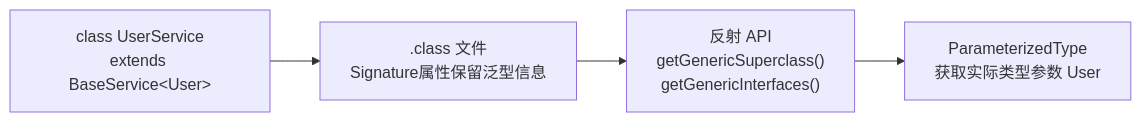
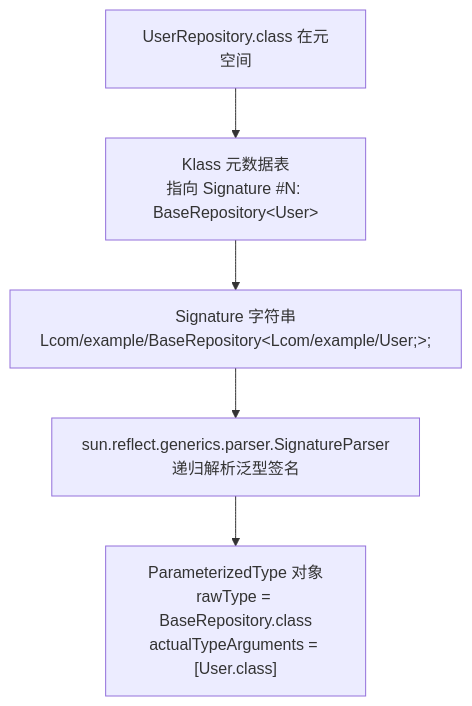
The diagram in docs/01-java-basic/05-泛型（Generics）：Signature 属性、checkcast 指令与类型擦除的时空双重契约.md (b1tzer/b1tzer.github.io), drawn with Mermaid before and after one commit. The commit also changed other lines of this file and 23 other files, not shown here.

````diff
--- a/docs/01-java-basic/05-泛型（Generics）：Signature 属性、checkcast 指令与类型擦除的时空双重契约.md
+++ b/docs/01-java-basic/05-泛型（Generics）：Signature 属性、checkcast 指令与类型擦除的时空双重契约.md
@@ -163,6 +552,7 @@
 ```mermaid
-flowchart LR
-    A["class UserService\nextends BaseService&lt;User&gt;"] --> B[".class 文件\nSignature属性保留泛型信息"]
-    B --> C["反射 API\ngetGenericSuperclass()\ngetGenericInterfaces()"]
-    C --> D["ParameterizedType\n获取实际类型参数 User"]
+flowchart TB
+    A["UserRepository.class 在元空间"] --> B["Klass 元数据表<br>指向 Signature #N: BaseRepository&lt;User&gt;"]
+    B --> C["Signature 字符串<br>Lcom/example/BaseRepository&lt;Lcom/example/User;&gt;;"]
+    C --> D["sun.reflect.generics.parser.SignatureParser<br>递归解析泛型签名"]
+    D --> E["ParameterizedType 对象<br>rawType = BaseRepository.class<br>actualTypeArguments = [User.class]"]
 ```
````
